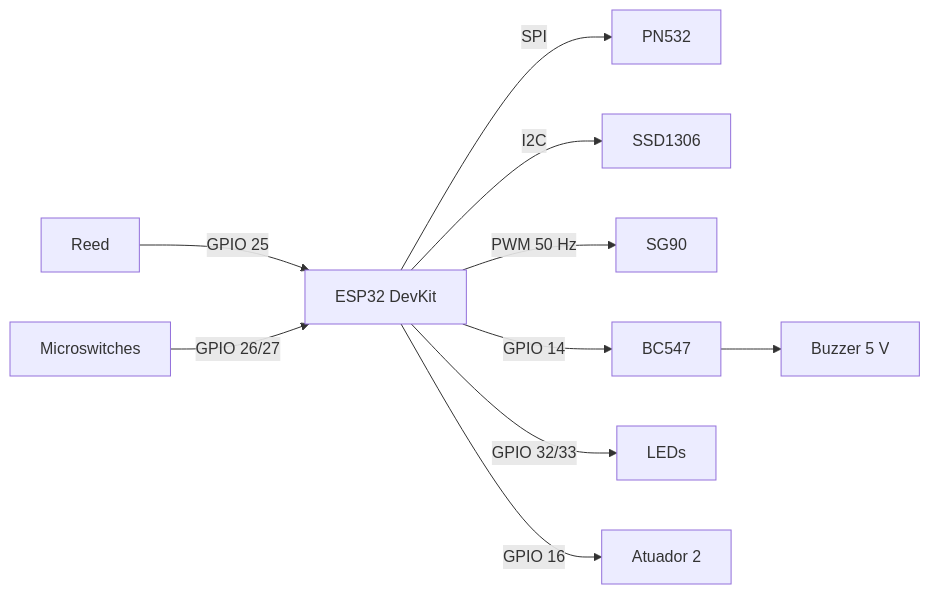
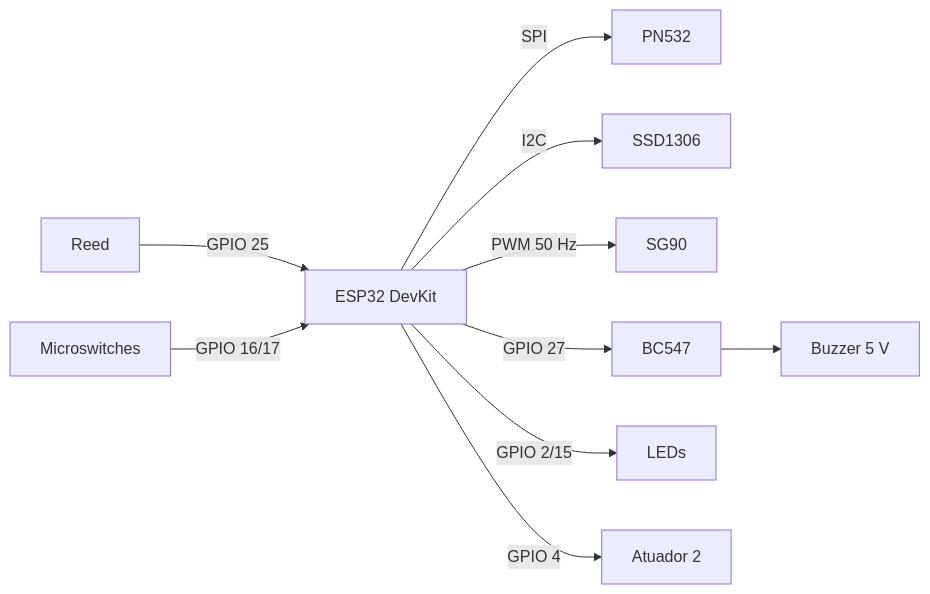
One commit to gengibrepower/Armario-Inteligente changed the diagram in README.md. Above: the diagram before and after it, drawn with Mermaid. The commit also changed other lines of this file and 2 other files, not shown here.

````diff
--- a/README.md
+++ b/README.md
@@ -29,12 +31,12 @@
 ```mermaid
 flowchart LR
   ESP[ESP32 DevKit]
   ESP -- SPI --> NFC[PN532]
   ESP -- I2C --> OLED[SSD1306]
   ESP -- PWM 50 Hz --> SERVO[SG90]
-  ESP -- GPIO 14 --> Q[BC547] --> BUZ[Buzzer 5 V]
-  ESP -- GPIO 32/33 --> LEDS[LEDs]
-  ESP -- GPIO 16 --> AUX[Atuador 2]
+  ESP -- GPIO 27 --> Q[BC547] --> BUZ[Buzzer 5 V]
+  ESP -- GPIO 2/15 --> LEDS[LEDs]
+  ESP -- GPIO 4 --> AUX[Atuador 2]
   REED[Reed] -- GPIO 25 --> ESP
-  SW[Microswitches] -- GPIO 26/27 --> ESP
+  SW[Microswitches] -- GPIO 16/17 --> ESP
 ```
````
